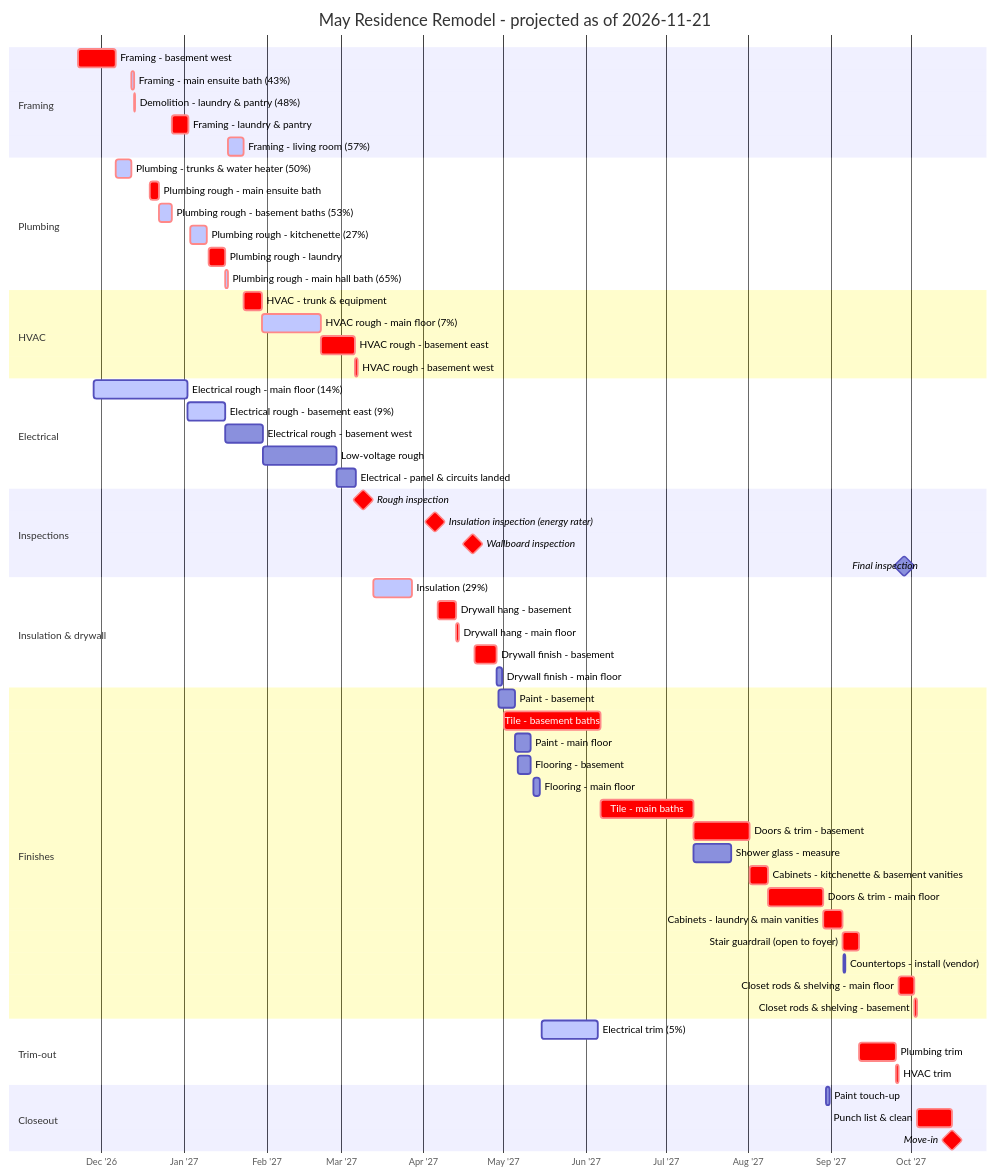
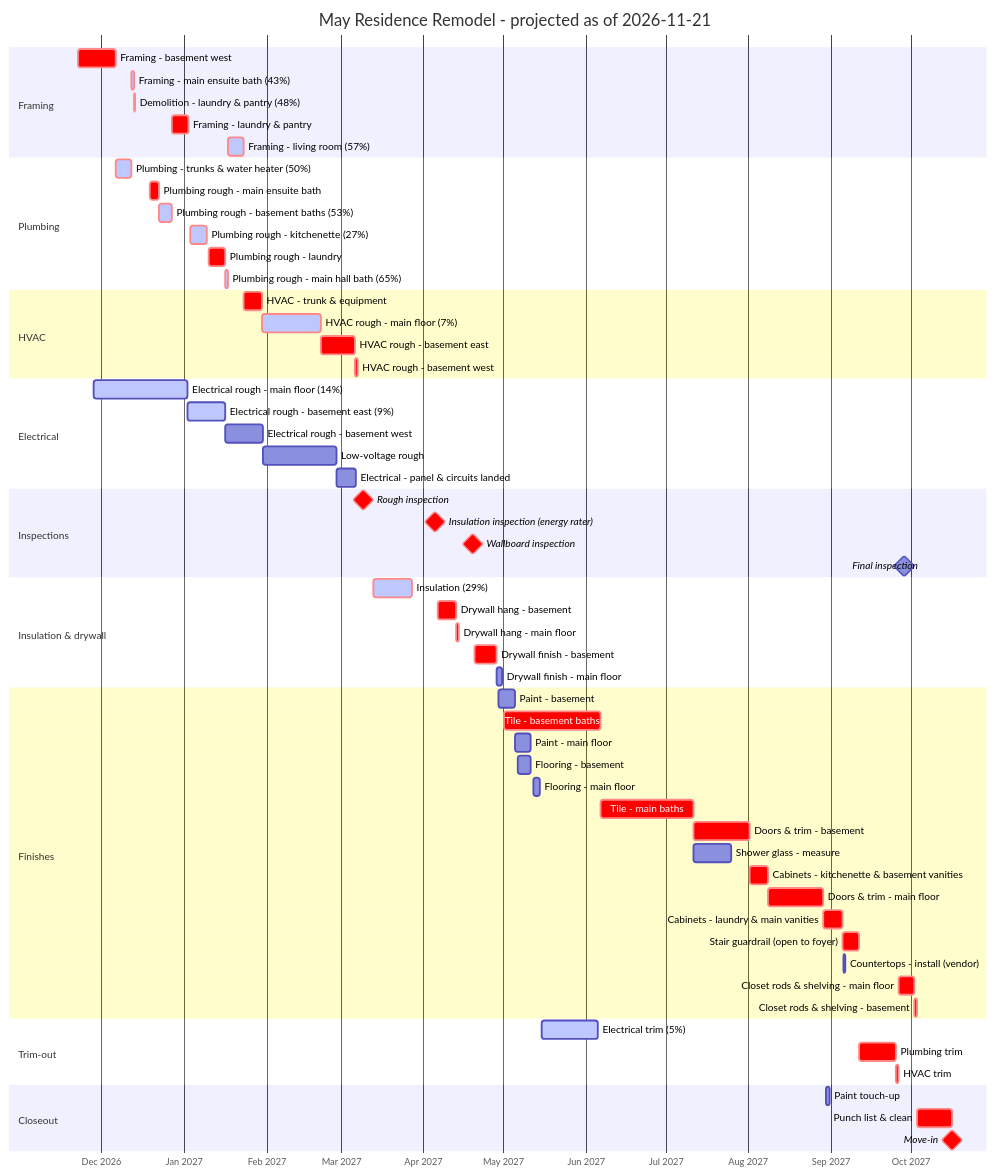
Before and after one commit to jsharkey/billings: the diagram in SCHEDULE.md, drawn with Mermaid. The commit also changed 2 other files, not shown here.

Commit message:
Gantt axis labels back to full year ("Dec 2026")
Claude-Session: https://claude.ai/code/session_019chjbE8zdH1i5Af8BXyvZR

````diff
--- a/SCHEDULE.md
+++ b/SCHEDULE.md
@@ -17,67 +17,67 @@
 ```mermaid
 gantt
     title May Residence Remodel - projected as of 2026-11-21
     dateFormat YYYY-MM-DD HH:mm
-    axisFormat %b '%y
+    axisFormat %b %Y
     tickInterval 1month
     todayMarker off
     section Framing
     Framing - basement west :crit, fram_bsmt_west, 2026-11-22 08:00, 2026-12-06 08:24
     Framing - main ensuite bath (43%) :active, crit, fram_main_s_bath, 2026-12-12 12:24, 2026-12-13 10:48
     Demolition - laundry & pantry (48%) :active, crit, demo_main_laundry, 2026-12-13 10:48, 2026-12-13 16:00
     Framing - laundry & pantry :crit, fram_main_laundry, 2026-12-27 10:00, 2027-01-02 16:00
     Framing - living room (57%) :active, crit, fram_main_living, 2027-01-17 13:00, 2027-01-23 12:12
     section Plumbing
     Plumbing - trunks & water heater (50%) :active, crit, plum_house, 2026-12-06 08:24, 2026-12-12 12:24
     Plumbing rough - main ensuite bath :crit, plum_main_s_bath, 2026-12-19 08:00, 2026-12-22 14:00
     Plumbing rough - basement baths (53%) :active, crit, plum_bsmt_baths, 2026-12-22 14:00, 2026-12-27 10:00
     Plumbing rough - kitchenette (27%) :active, crit, plum_bsmt_kitchenette, 2027-01-03 08:00, 2027-01-09 16:00
     Plumbing rough - laundry :crit, plum_main_laundry, 2027-01-10 08:00, 2027-01-16 12:00
     Plumbing rough - main hall bath (65%) :active, crit, plum_main_n_bath, 2027-01-16 12:00, 2027-01-17 13:00
     section HVAC
     HVAC - trunk & equipment :crit, hvac_house, 2027-01-23 12:12, 2027-01-30 12:12
     HVAC rough - main floor (7%) :active, crit, hvac_main, 2027-01-30 12:12, 2027-02-21 12:12
     HVAC rough - basement east :crit, hvac_bsmt_east, 2027-02-21 12:12, 2027-03-06 12:12
     HVAC rough - basement west :crit, hvac_bsmt_west, 2027-03-06 12:12, 2027-03-07 12:12
     section Electrical
     Electrical rough - main floor (14%) :active, elec_main, 2026-11-28 08:00, 2027-01-02 08:34
     Electrical rough - basement east (9%) :active, elec_bsmt_east, 2027-01-02 08:34, 2027-01-16 13:22
     Electrical rough - basement west :elec_bsmt_west, 2027-01-16 13:22, 2027-01-30 15:46
     Low-voltage rough :lowv_all, 2027-01-30 15:46, 2027-02-27 09:46
     Electrical - panel & circuits landed :elec_panel, 2027-02-27 09:46, 2027-03-06 13:46
     section Inspections
     Rough inspection :milestone, crit, insp_rough, 2027-03-09 12:00, 0d
     Insulation inspection (energy rater) :milestone, crit, insp_insl, 2027-04-05 12:00, 0d
     Wallboard inspection :milestone, crit, insp_board, 2027-04-19 12:00, 0d
     Final inspection :milestone, insp_final, 2027-09-28 12:00, 0d
     section Insulation & drywall
     Insulation (29%) :active, crit, insl_all, 2027-03-13 08:00, 2027-03-27 16:00
     Drywall hang - basement :crit, dryw_hang_bsmt, 2027-04-06 08:00, 2027-04-13 08:29
     Drywall hang - main floor :crit, dryw_hang_main, 2027-04-13 08:29, 2027-04-14 11:53
     Drywall finish - basement :crit, dryw_fin_bsmt, 2027-04-20 08:00, 2027-04-28 09:26
     Drywall finish - main floor :dryw_fin_main, 2027-04-28 09:26, 2027-04-30 15:02
     section Finishes
     Paint - basement :pant_bsmt, 2027-04-29 08:00, 2027-05-05 12:00
     Tile - basement baths :crit, tile_bsmt_baths, 2027-05-01 08:00, 2027-06-06 12:00
     Paint - main floor :pant_main, 2027-05-05 12:00, 2027-05-11 11:19
     Flooring - basement :flor_bsmt, 2027-05-06 08:00, 2027-05-11 12:10
     Flooring - main floor :flor_main, 2027-05-12 08:00, 2027-05-14 15:22
     Tile - main baths :crit, tile_main_baths, 2027-06-06 12:00, 2027-07-11 10:00
     Doors & trim - basement :crit, trim_bsmt, 2027-07-11 10:00, 2027-08-01 11:26
     Shower glass - measure :glas_showers, 2027-07-11 16:00, 2027-07-25 16:00
     Cabinets - kitchenette & basement vanities :crit, cabs_bsmt, 2027-08-01 11:26, 2027-08-08 15:26
     Doors & trim - main floor :crit, trim_main, 2027-08-08 15:26, 2027-08-29 09:12
     Cabinets - laundry & main vanities :crit, cabs_main, 2027-08-29 09:12, 2027-09-05 09:12
     Stair guardrail (open to foyer) :crit, rail_stair, 2027-09-05 09:12, 2027-09-11 13:12
     Countertops - install (vendor) :ctop_install, 2027-09-05 16:00, 2027-09-06 16:00
     Closet rods & shelving - main floor :crit, clos_main, 2027-09-26 10:11, 2027-10-02 14:11
     Closet rods & shelving - basement :crit, clos_bsmt, 2027-10-02 14:11, 2027-10-03 14:11
     section Trim-out
     Electrical trim (5%) :active, elec_trim, 2027-05-15 08:00, 2027-06-05 13:46
     Plumbing trim :crit, plum_trim, 2027-09-11 13:12, 2027-09-25 09:12
     HVAC trim :crit, hvac_trim, 2027-09-25 09:12, 2027-09-26 10:11
     section Closeout
     Paint touch-up :pant_touchup, 2027-08-30 08:00, 2027-08-31 16:00
     Punch list & clean :crit, punch_clean, 2027-10-03 14:11, 2027-10-16 14:11
     Move-in :milestone, crit, mile_movein, 2027-10-16 14:11, 0d
 ```
````
